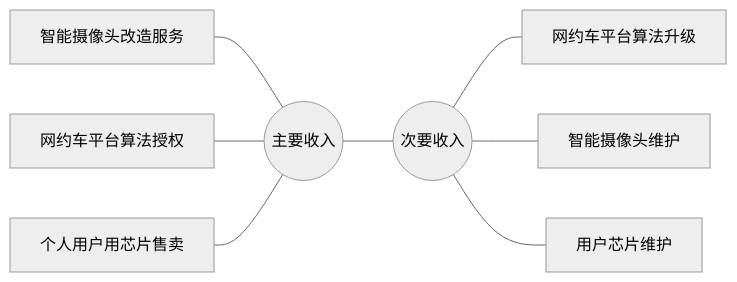
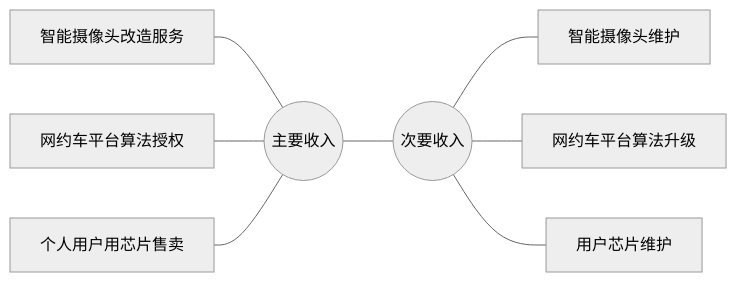
Before and after one commit to JeffeyChou/glossary: the first of 2 diagrams in private/01-Diary/本周事务/商业计划书.md, drawn with Mermaid (neutral theme). The commit also changed other lines of this file and 28 other files, not shown here.

````diff
--- a/private/01-Diary/本周事务/商业计划书.md
+++ b/private/01-Diary/本周事务/商业计划书.md
@@ -143,10 +145,10 @@
 ```mermaid
 graph LR
 income1((主要收入))---income2((次要收入))
 智能摄像头改造服务---income1
 网约车平台算法授权---income1
 个人用户用芯片售卖---income1
+income2---智能摄像头维护
 income2---网约车平台算法升级
-income2---智能摄像头维护
 income2---用户芯片维护
 ```
````
